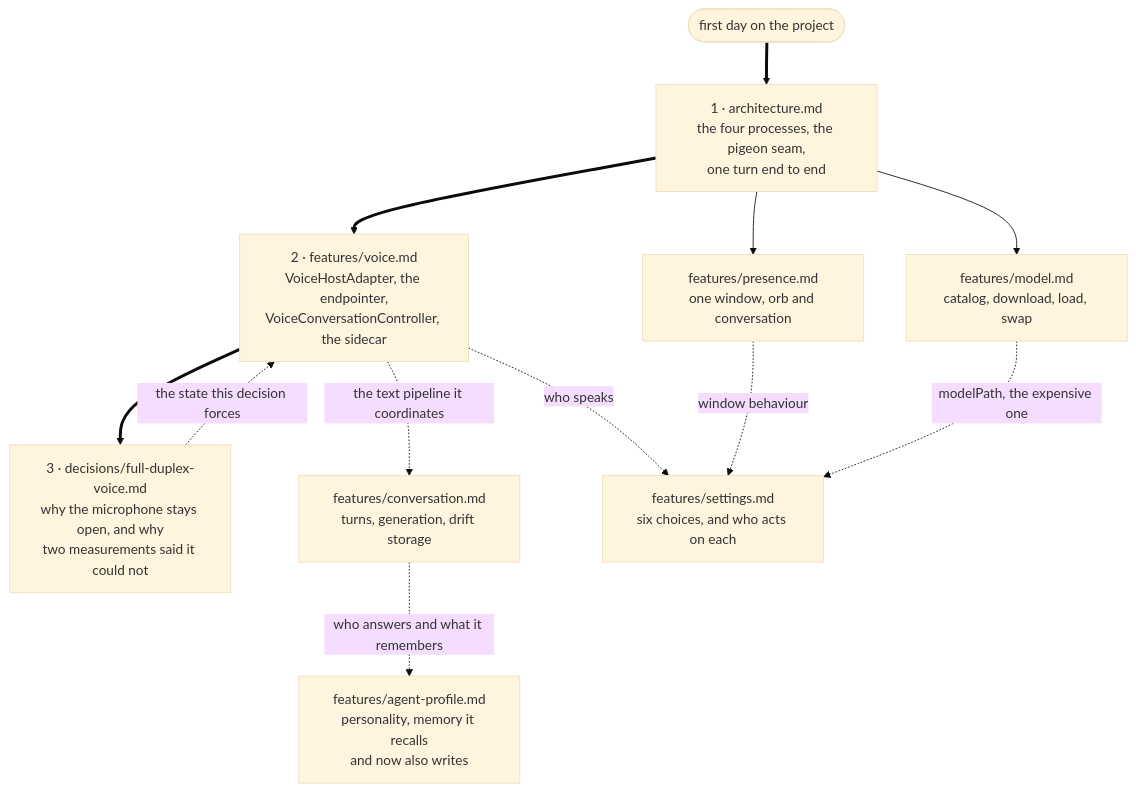
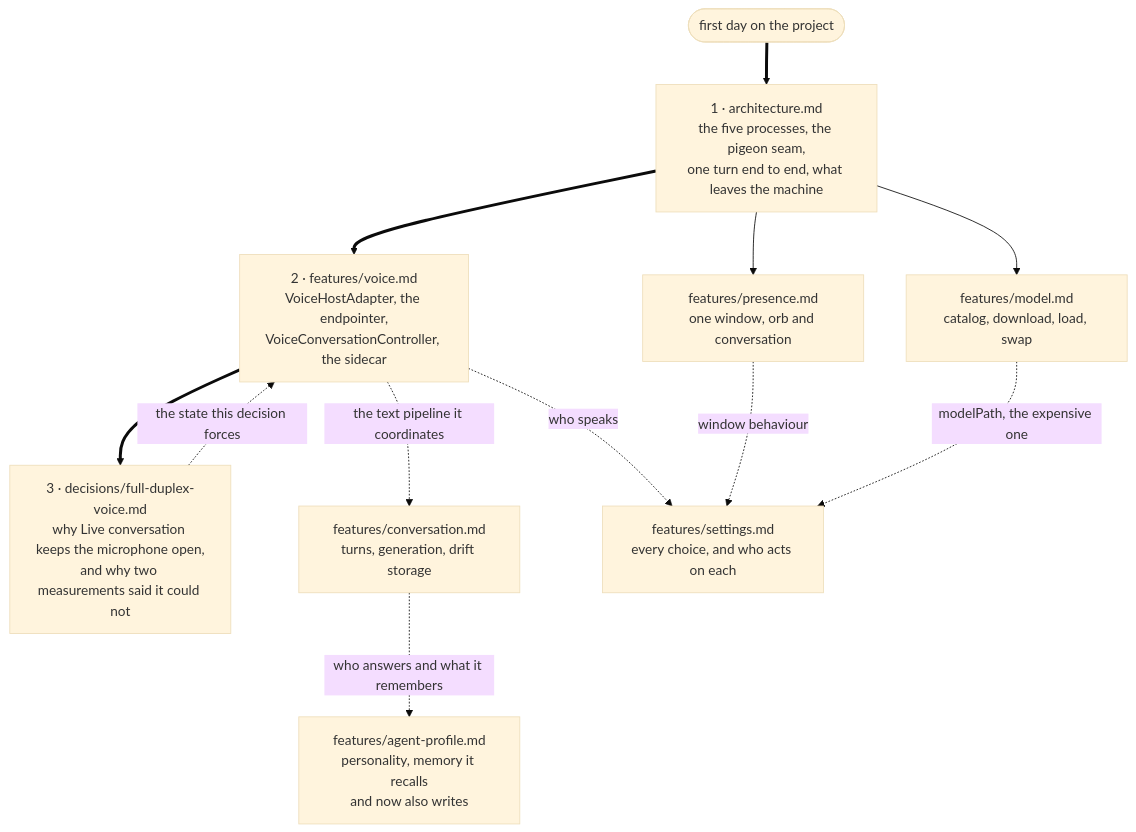
One commit to chyiiiiiiiiiiii/lulo changed the diagram in docs/README.md. Above: the diagram before and after it, drawn with Mermaid (base theme). The commit also changed other lines of this file and 10 other files, not shown here.

````diff
--- a/docs/README.md
+++ b/docs/README.md
@@ -14,20 +14,20 @@
 ```mermaid
 flowchart TD
     start(["first day on the project"]) ==> arch
 
-    arch["1 · architecture.md<br/>the four processes, the pigeon seam,<br/>one turn end to end"]
+    arch["1 · architecture.md<br/>the five processes, the pigeon seam,<br/>one turn end to end, what leaves the machine"]
     voice["2 · features/voice.md<br/>VoiceHostAdapter, the endpointer,<br/>VoiceConversationController, the sidecar"]
-    dec["3 · decisions/full-duplex-voice.md<br/>why the microphone stays open, and why<br/>two measurements said it could not"]
+    dec["3 · decisions/full-duplex-voice.md<br/>why Live conversation keeps the microphone open,<br/>and why two measurements said it could not"]
 
     arch ==> voice ==> dec
     dec -. "the state this decision forces" .-> voice
 
     arch --> pres["features/presence.md<br/>one window, orb and conversation"]
     arch --> model["features/model.md<br/>catalog, download, load, swap"]
     voice -. "the text pipeline it coordinates" .-> conv["features/conversation.md<br/>turns, generation, drift storage"]
 
-    voice -. "who speaks" .-> set["features/settings.md<br/>six choices, and who acts on each"]
+    voice -. "who speaks" .-> set["features/settings.md<br/>every choice, and who acts on each"]
     conv -. "who answers and what it remembers" .-> profile["features/agent-profile.md<br/>personality, memory it recalls<br/>and now also writes"]
     pres -. "window behaviour" .-> set
     model -. "modelPath, the expensive one" .-> set
 ```
````
